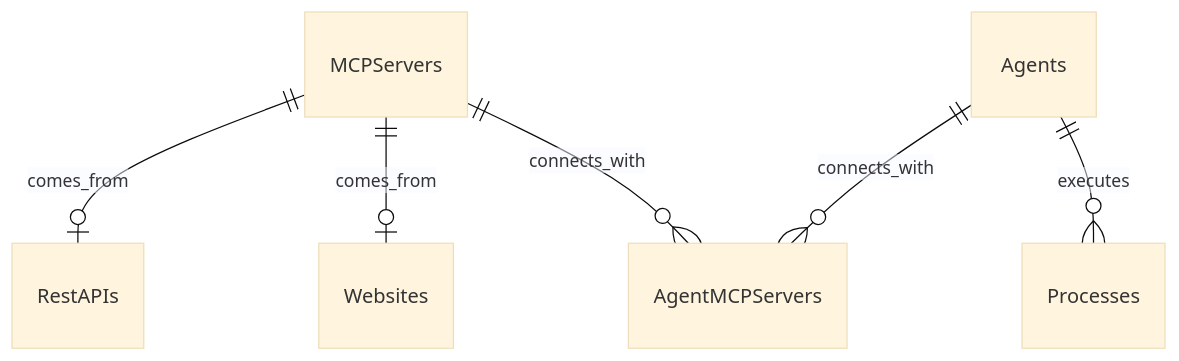
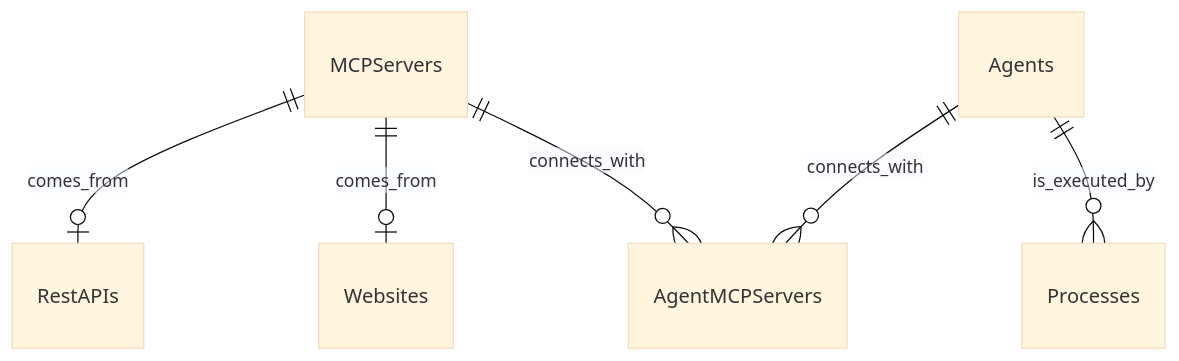
Before and after one commit to jimbek/thesis: the diagram in README.md, drawn with Mermaid (base theme). The commit also changed other lines of this file, not shown here.

````diff
--- a/README.md
+++ b/README.md
@@ -20,8 +18,8 @@
 ```mermaid
 erDiagram
     MCPServers ||--o| RestAPIs : "comes_from"
     MCPServers ||--o| Websites : "comes_from"
     MCPServers ||--o{ AgentMCPServers : "connects_with"
     Agents ||--o{ AgentMCPServers : "connects_with"
-    Agents ||--o{ Processes : "executes"
+    Agents ||--o{ Processes : "is_executed_by"
 ```
````
